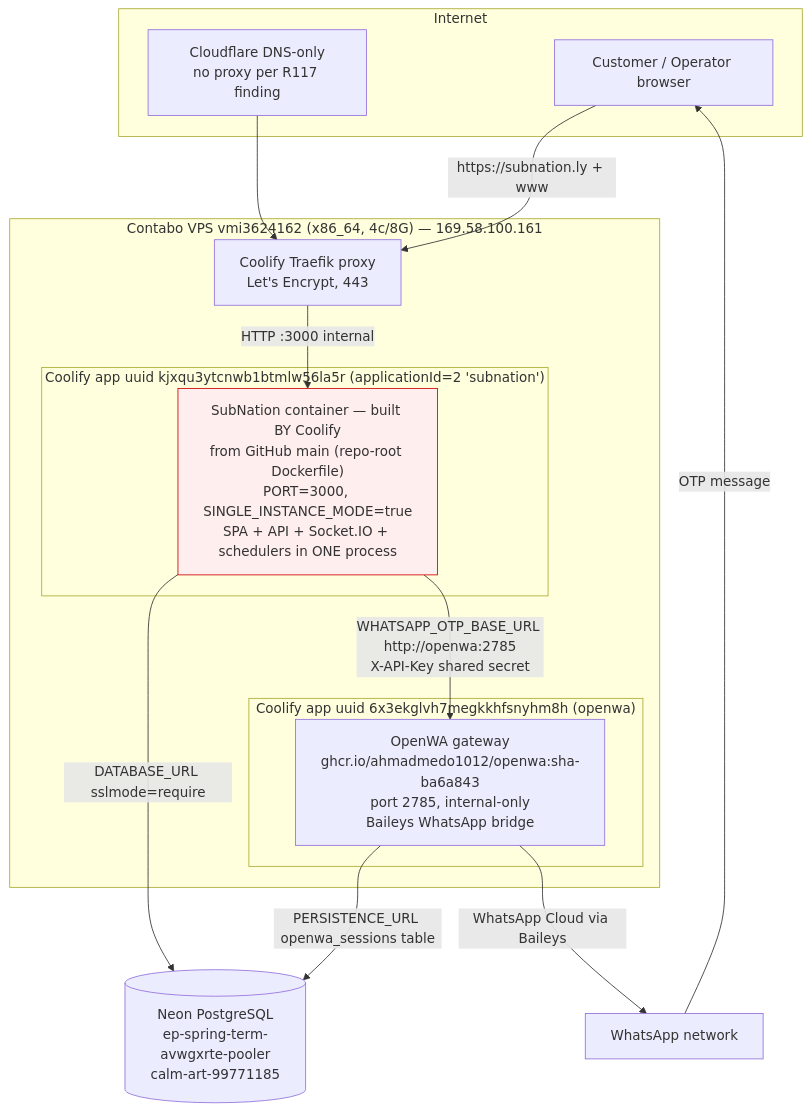
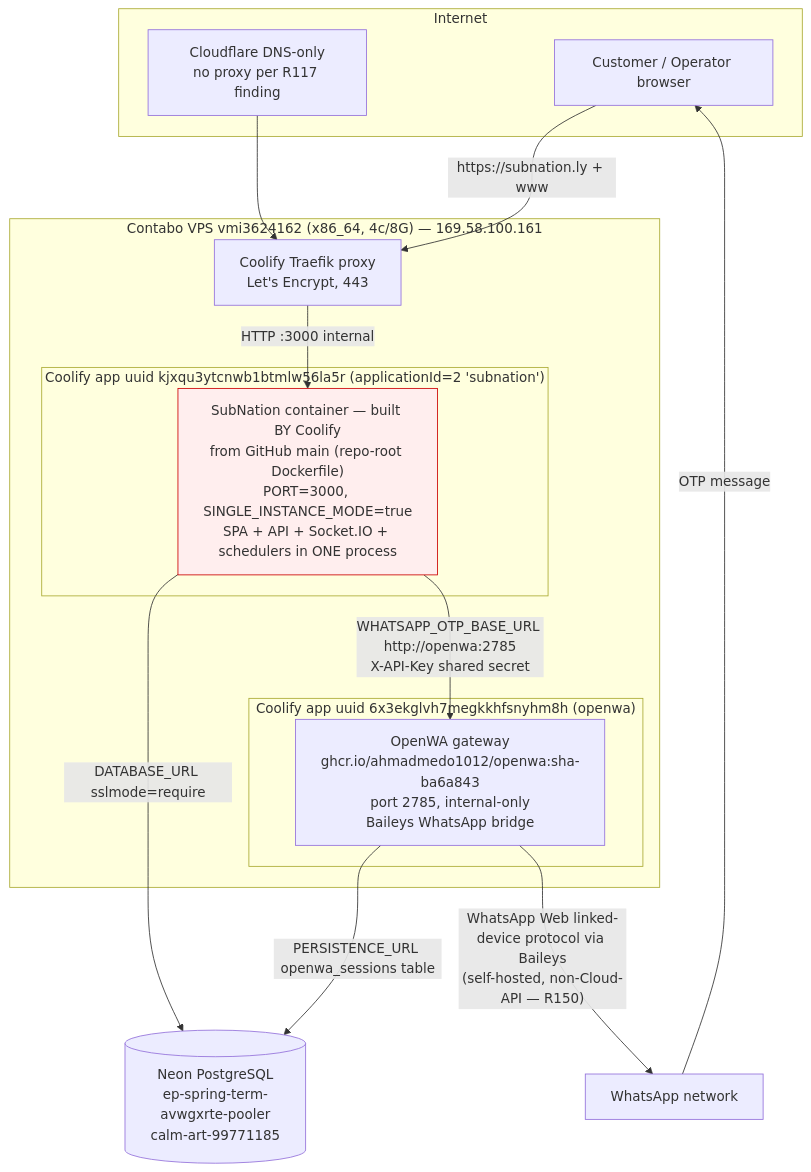
The diagram in docs/project-graph/00-system-overview.mmd (ahmadmedo1012/SubNation2), drawn with Mermaid before and after one commit. The commit also changed 6 other files, not shown here.

```diff
--- a/docs/project-graph/00-system-overview.mmd
+++ b/docs/project-graph/00-system-overview.mmd
@@ -1,38 +1,38 @@
 %% SubNation system overview — refreshed R126 (2026-10-09): the Wave-0-era drawing still showed
 %% the deleted app-2 container (wbgj7cszizukrlrblncq8by5, dockerimage pull); replaced with the live
 %% git-source app (kjxqu…) per 03-deployment-target.mmd, the CURRENT deployment map.
 %% Originally verified 2026-10-05 against live production via live probes + VPS docker/coolify
 %% inspection + Neon read-only queries. If this map drifts, live wins — current live state:
 %% docs/project-state/source-of-truth.md.
 graph TB
     subgraph Internet
         C[Customer / Operator browser]
         CF[Cloudflare DNS-only<br/>no proxy per R117 finding]
     end
 
     CF --> TRA
 
     subgraph VPS["Contabo VPS vmi3624162 (x86_64, 4c/8G) — 169.58.100.161"]
         TRA["Coolify Traefik proxy<br/>Let's Encrypt, 443"]
 
         subgraph APP["Coolify app uuid kjxqu3ytcnwb1btmlw56la5r (applicationId=2 'subnation')"]
             SN["SubNation container — built BY Coolify<br/>from GitHub main (repo-root Dockerfile)<br/>PORT=3000, SINGLE_INSTANCE_MODE=true<br/>SPA + API + Socket.IO + schedulers in ONE process"]
         end
 
         subgraph OPENWA_APP["Coolify app uuid 6x3ekglvh7megkkhfsnyhm8h (openwa)"]
             WA["OpenWA gateway<br/>ghcr.io/ahmadmedo1012/openwa:sha-ba6a843<br/>port 2785, internal-only<br/>Baileys WhatsApp bridge"]
         end
     end
 
     NEON[("Neon PostgreSQL<br/>ep-spring-term-avwgxrte-pooler<br/>calm-art-99771185")]
 
     C -->|https://subnation.ly + www| TRA
     TRA -->|HTTP :3000 internal| SN
     SN -->|DATABASE_URL sslmode=require| NEON
     WA -->|PERSISTENCE_URL openwa_sessions table| NEON
     SN -->|"WHATSAPP_OTP_BASE_URL http://openwa:2785<br/>X-API-Key shared secret"| WA
-    WA -->|WhatsApp Cloud via Baileys| W[WhatsApp network]
+    WA -->|"WhatsApp Web linked-device protocol via Baileys<br/>(self-hosted, non-Cloud-API — R150)"| W[WhatsApp network]
     W -->|OTP message| C
 
     classDef attention fill:#fee,stroke:#c00
     class SN attention
```
